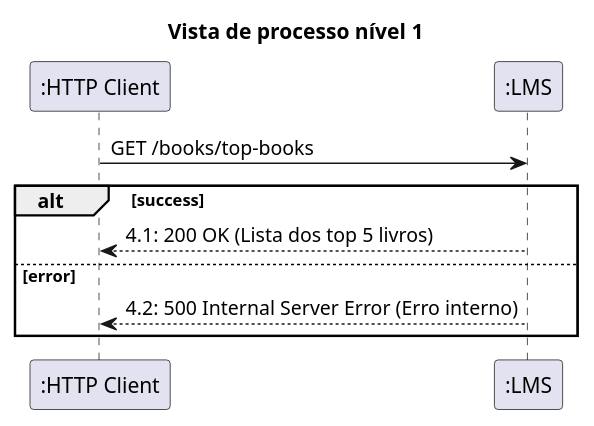
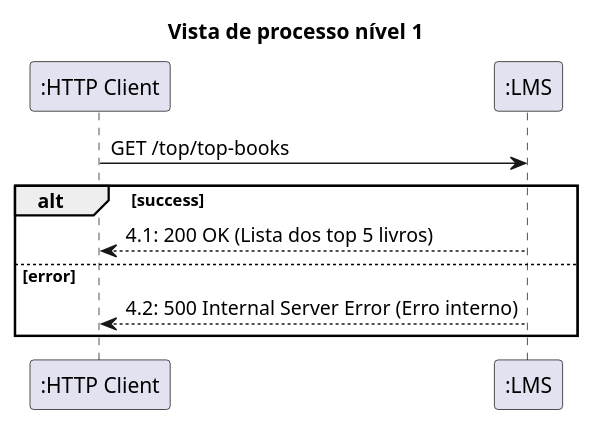
The diagram in Docs/Design/Entrega2/Vistas de Processos/Nível 1/GET-books-top5.puml (GitHubCatarina/SIDIS), drawn with PlantUML before and after one commit. The commit also changed 23 other files, not shown here.

```diff
--- a/Docs/Design/Entrega2/Vistas de Processos/Nível 1/GET-books-top5.puml
+++ b/Docs/Design/Entrega2/Vistas de Processos/Nível 1/GET-books-top5.puml
@@ -1,18 +1,18 @@
 @startuml
 hide circle
 skinparam classAttributeIconSize 0
 title Vista de processo nível 1
 
 participant ":HTTP Client" as Client
 participant ":LMS" as System
 
 
 ' Consulta dos top 5 livros
-Client -> System: GET /books/top-books
+Client -> System: GET /top/top-books
 alt success
     System --> Client: 4.1: 200 OK (Lista dos top 5 livros)
 else error
     System --> Client: 4.2: 500 Internal Server Error (Erro interno)
 end
 
 @enduml
```
